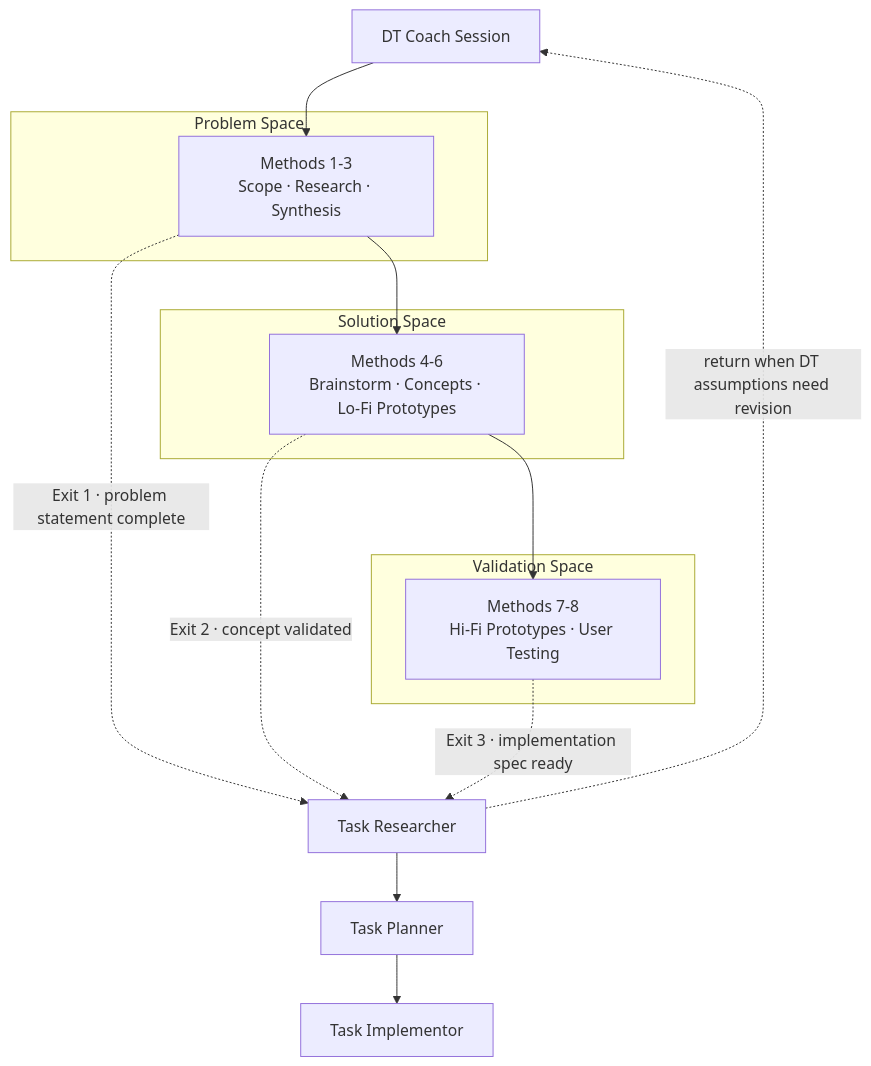
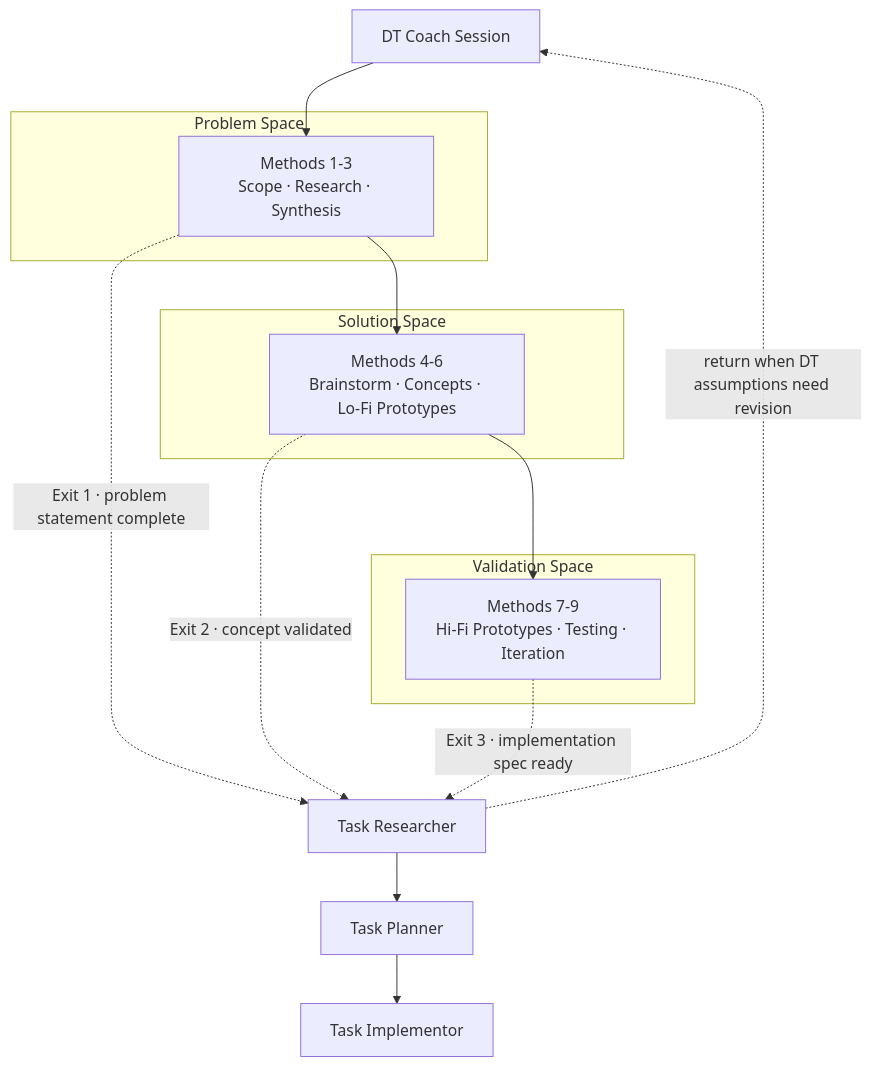
The diagram in docs/design-thinking/dt-rpi-integration.md (microsoft/hve-core), drawn with Mermaid before and after one commit. The commit also changed other lines of this file and 7 other files, not shown here.

First line of the commit message:
fix(docs): correct Exit Point 3 methods range and stale references

````diff
--- a/docs/design-thinking/dt-rpi-integration.md
+++ b/docs/design-thinking/dt-rpi-integration.md
@@ -19,25 +19,25 @@
 ```mermaid
 flowchart TD
     DT["DT Coach Session"]
 
     subgraph problem["Problem Space"]
         M13["Methods 1-3<br/>Scope · Research · Synthesis"]
     end
 
     subgraph solution["Solution Space"]
         M46["Methods 4-6<br/>Brainstorm · Concepts · Lo-Fi Prototypes"]
     end
 
     subgraph validate["Validation Space"]
-        M78["Methods 7-8<br/>Hi-Fi Prototypes · User Testing"]
+        M79["Methods 7-9<br/>Hi-Fi Prototypes · Testing · Iteration"]
     end
 
-    DT --> M13 --> M46 --> M78
+    DT --> M13 --> M46 --> M79
 
     M13 -.->|"Exit 1 · problem statement complete"| TR["Task Researcher"]
     M46 -.->|"Exit 2 · concept validated"| TR
-    M78 -.->|"Exit 3 · implementation spec ready"| TR
+    M79 -.->|"Exit 3 · implementation spec ready"| TR
 
     TR --> TP["Task Planner"] --> TI["Task Implementor"]
     TR -.->|"return when DT assumptions need revision"| DT
 ```
````
